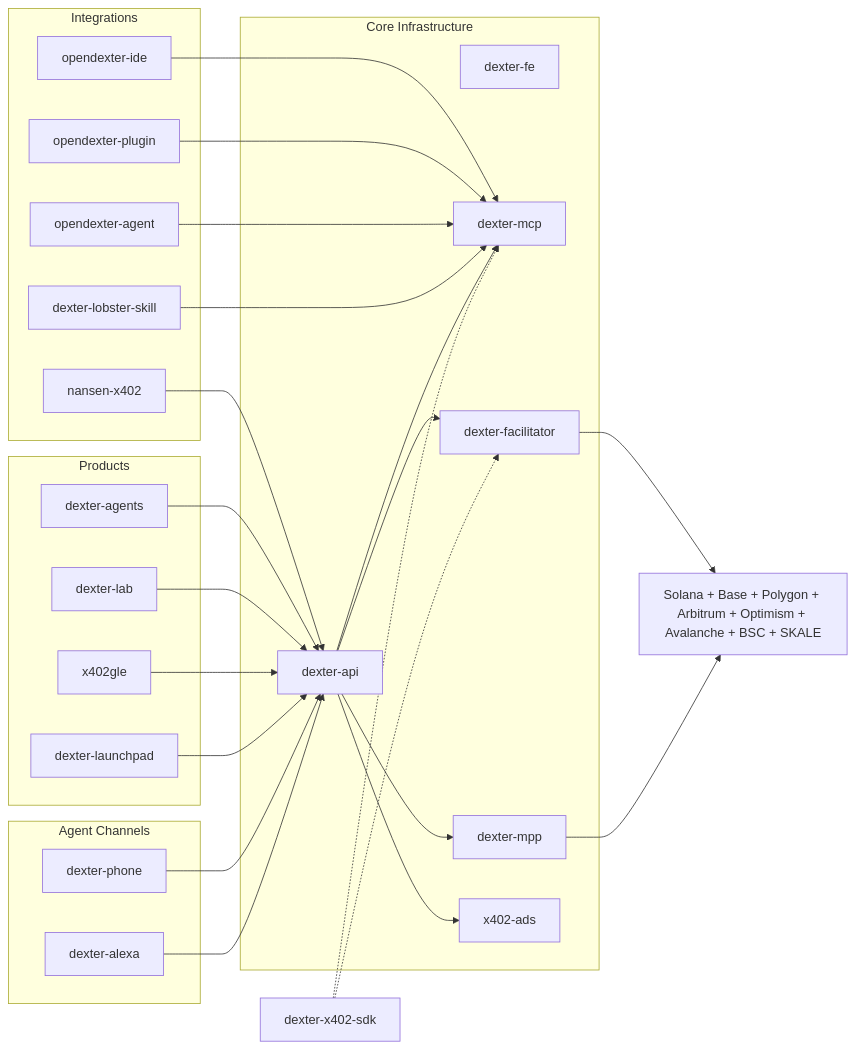
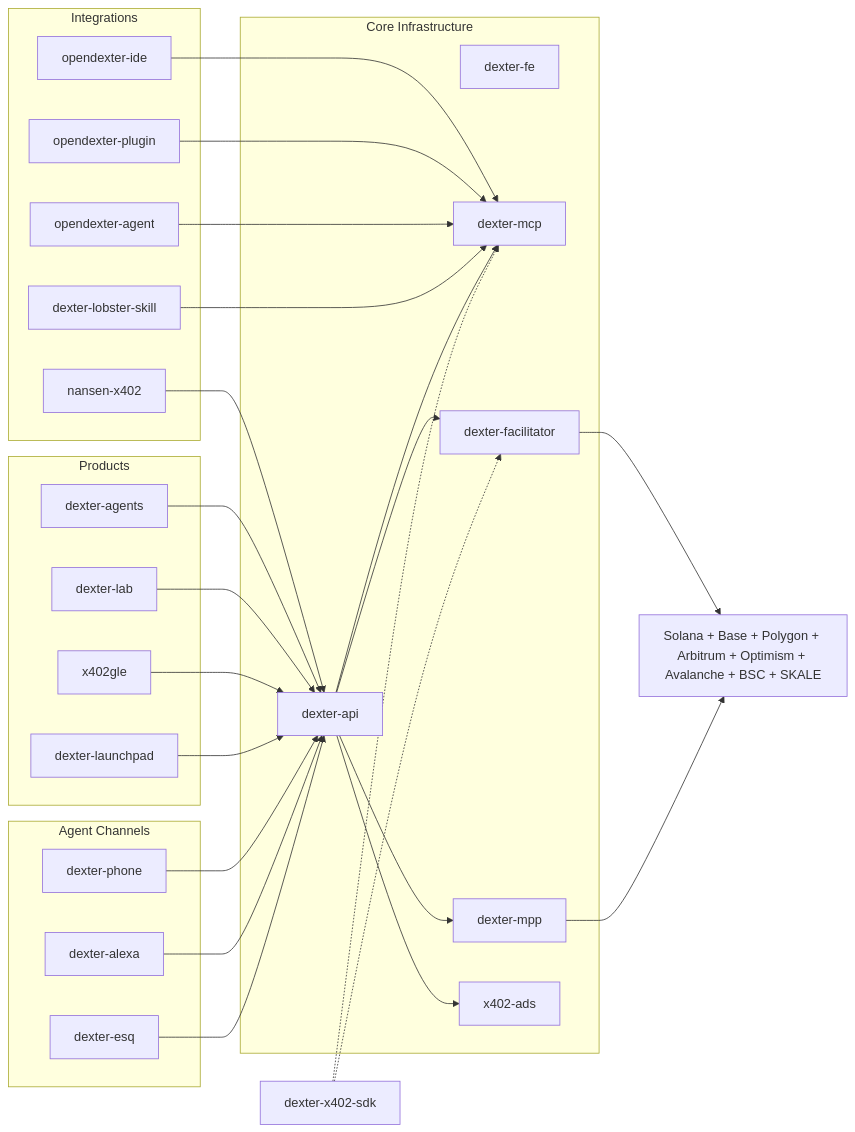
The diagram in profile/README.md (Dexter-DAO/.github), drawn with Mermaid before and after one commit. The commit also changed other lines of this file, not shown here.

Commit message:
Add dexter-esq to org README — Agent Channels + architecture diagram

````diff
--- a/profile/README.md
+++ b/profile/README.md
@@ -23,58 +23,60 @@
 ```mermaid
 flowchart LR
     subgraph integrations["Integrations"]
         ide["opendexter-ide"]
         odp["opendexter-plugin"]
         oda["opendexter-agent"]
         lobster["dexter-lobster-skill"]
         nansen["nansen-x402"]
     end
 
     subgraph products["Products"]
         agents["dexter-agents"]
         lab["dexter-lab"]
         explorer["x402gle"]
         launchpad["dexter-launchpad"]
     end
 
     subgraph core["Core Infrastructure"]
         api["dexter-api"]
         fe["dexter-fe"]
         mcp["dexter-mcp"]
         facilitator["dexter-facilitator"]
         mpp["dexter-mpp"]
         ads["x402-ads"]
     end
 
     subgraph channels["Agent Channels"]
         phone["dexter-phone"]
         alexa["dexter-alexa"]
+        esq["dexter-esq"]
     end
 
     chains["Solana + Base + Polygon + Arbitrum + Optimism + Avalanche + BSC + SKALE"]
 
     ide --> mcp
     odp --> mcp
     oda --> mcp
     lobster --> mcp
     nansen --> api
 
     agents --> api
     lab --> api
     explorer --> api
     launchpad --> api
 
     phone --> api
     alexa --> api
+    esq --> api
 
     api --> mcp
     api --> facilitator
     api --> mpp
     api --> ads
 
     facilitator --> chains
     mpp --> chains
 
     sdk["dexter-x402-sdk"] -.-> facilitator
     sdk -.-> mcp
 ```
````
